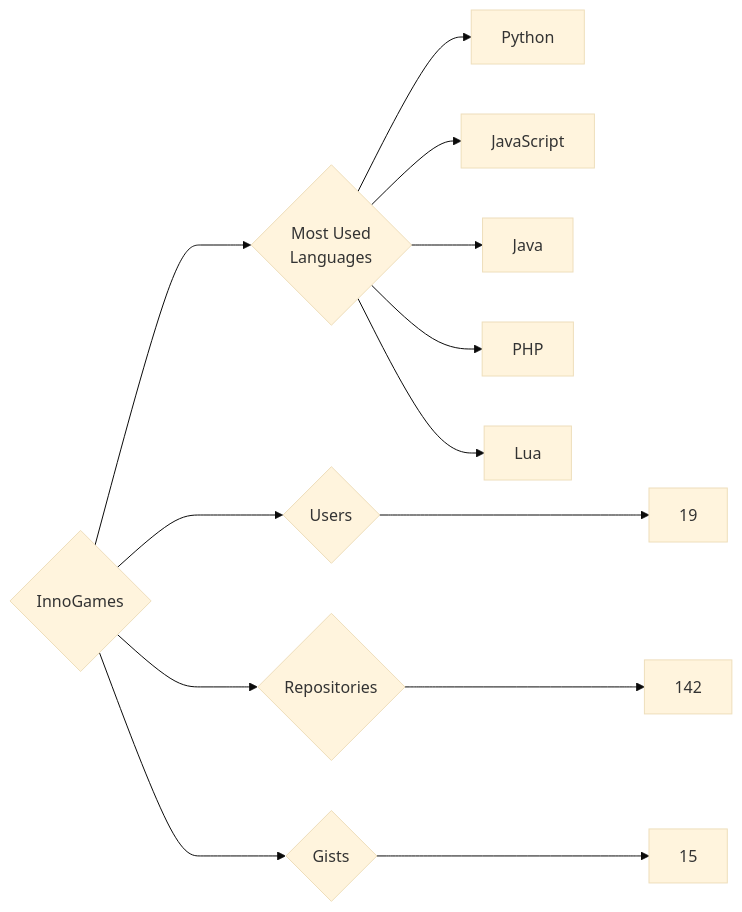
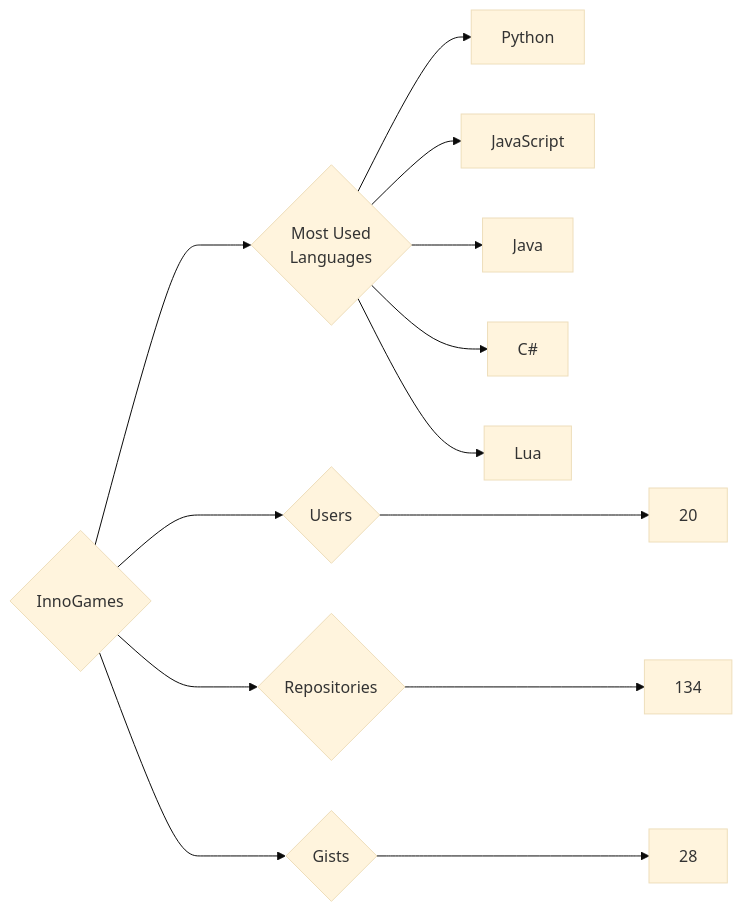
One commit to trickest/insiders changed the diagram in targets/InnoGames/README.md. Above: the diagram before and after it, drawn with Mermaid (base theme). The commit also changed 657 other files, not shown here.

````diff
--- a/targets/InnoGames/README.md
+++ b/targets/InnoGames/README.md
@@ -3,13 +3,13 @@
 ```mermaid
 graph LR
 COMPANY_NAME{InnoGames}
-COMPANY_NAME ---> U{Users} ---> UN[19]
-COMPANY_NAME ---> R{Repositories} ---> RN[142]
-COMPANY_NAME ---> G{Gists} ---> GN[15]
+COMPANY_NAME ---> U{Users} ---> UN[20]
+COMPANY_NAME ---> R{Repositories} ---> RN[134]
+COMPANY_NAME ---> G{Gists} ---> GN[28]
 COMPANY_NAME ---> ML{Most Used<br>Languages}
 ML --> Python[Python]
 ML --> JavaScript[JavaScript]
 ML --> Java[Java]
-ML --> PHP[PHP]
+ML --> C#[C#]
 ML --> Lua[Lua]
 ```
````
